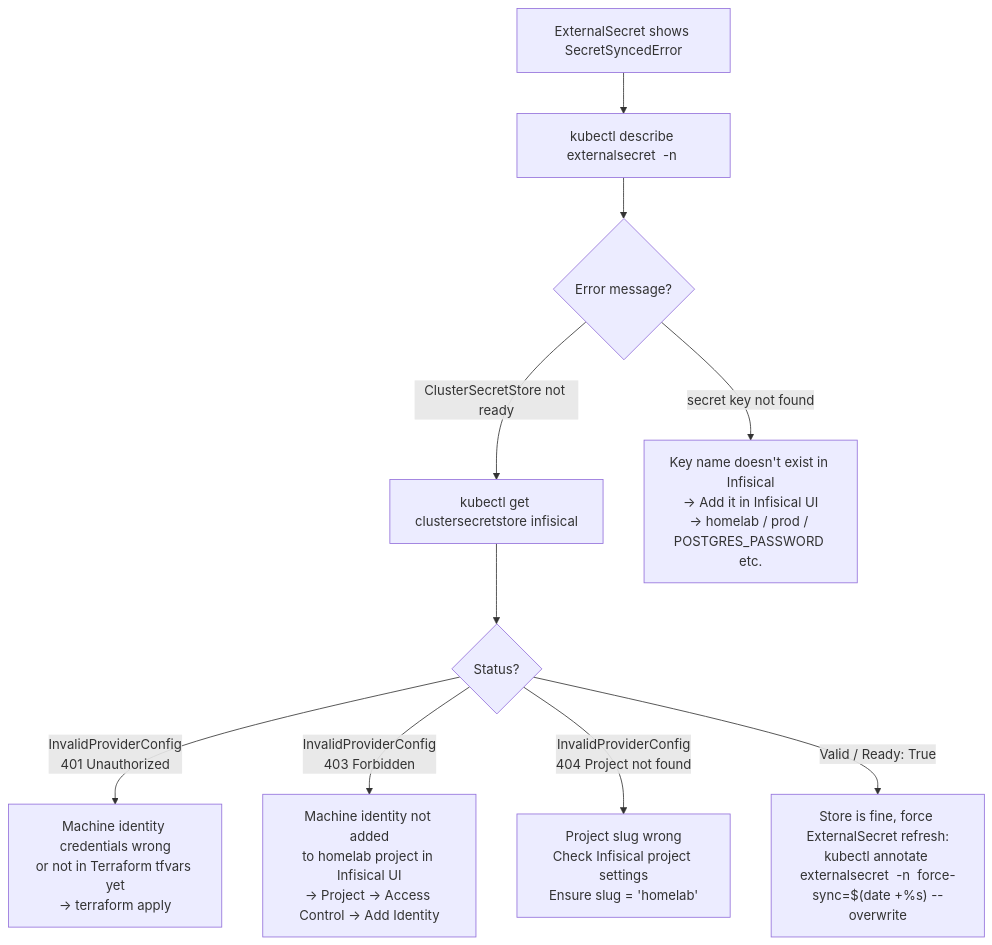
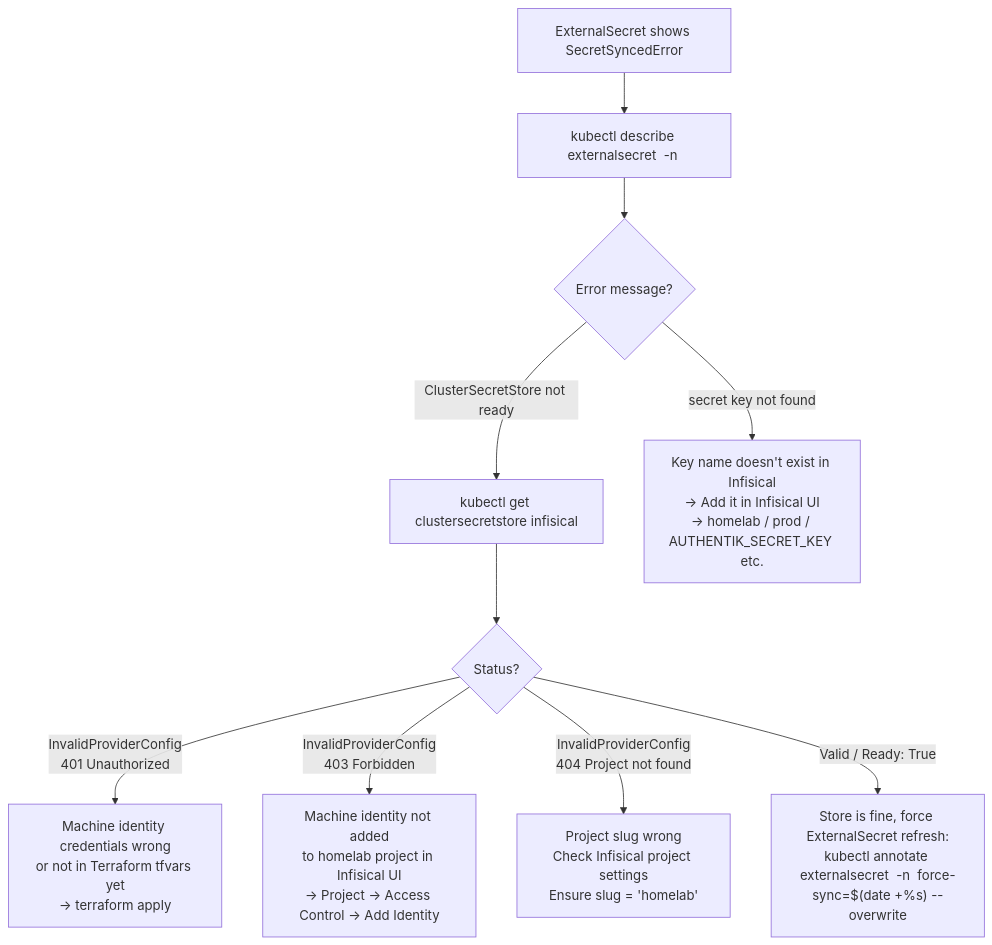
Before and after one commit to haingth77/homelab: the fourth of 4 diagrams in docs/secret-management.md, drawn with Mermaid. The commit also changed other lines of this file and 10 other files, not shown here.

````diff
--- a/docs/secret-management.md
+++ b/docs/secret-management.md
@@ -255,14 +256,14 @@
 ```mermaid
 flowchart TD
     Start["ExternalSecret shows SecretSyncedError"]
     A["kubectl describe externalsecret <name> -n <ns>"]
     Start --> A
     A --> B{"Error message?"}
     B -- "ClusterSecretStore not ready" --> C["kubectl get clustersecretstore infisical"]
     C --> D{"Status?"}
     D -- "InvalidProviderConfig\n401 Unauthorized" --> E["Machine identity credentials wrong\nor not in Terraform tfvars yet\n→ terraform apply"]
     D -- "InvalidProviderConfig\n403 Forbidden" --> F["Machine identity not added\nto homelab project in Infisical UI\n→ Project → Access Control → Add Identity"]
     D -- "InvalidProviderConfig\n404 Project not found" --> G["Project slug wrong\nCheck Infisical project settings\nEnsure slug = 'homelab'"]
     D -- "Valid / Ready: True" --> H["Store is fine, force ExternalSecret refresh:\nkubectl annotate externalsecret <name> -n <ns> force-sync=$(date +%s) --overwrite"]
-    B -- "secret key not found" --> I["Key name doesn't exist in Infisical\n→ Add it in Infisical UI\n→ homelab / prod / POSTGRES_PASSWORD etc."]
+    B -- "secret key not found" --> I["Key name doesn't exist in Infisical\n→ Add it in Infisical UI\n→ homelab / prod / AUTHENTIK_SECRET_KEY etc."]
 ```
````
